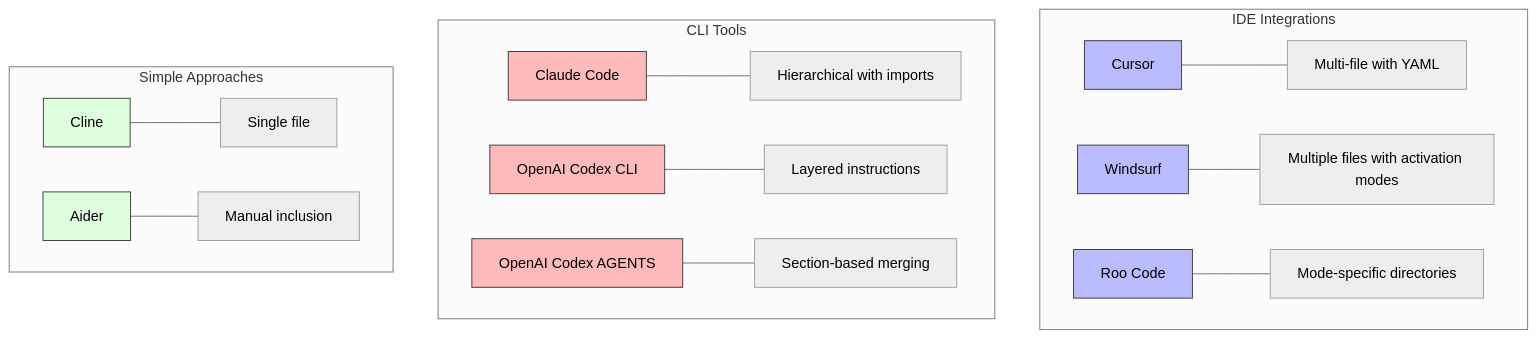
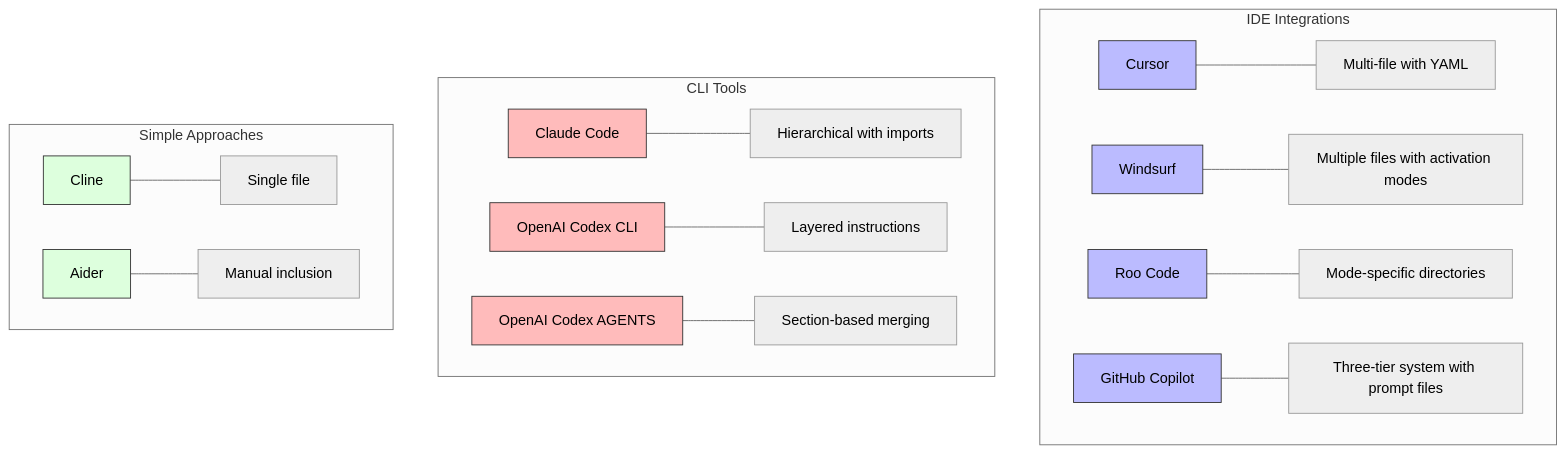
The tenth of 10 diagrams in notes/ai-rules-guide.md (outfitter-dev/rulesets), drawn with Mermaid (neutral theme) before and after one commit. The commit also changed other lines of this file, not shown here.

````diff
--- a/notes/ai-rules-guide.md
+++ b/notes/ai-rules-guide.md
@@ -572,28 +716,30 @@
 ```mermaid
 graph TB
     subgraph "IDE Integrations"
         A[Cursor] --- A1[Multi-file with YAML]
         B[Windsurf] --- B1[Multiple files with activation modes]
         C[Roo Code] --- C1[Mode-specific directories]
+        I[GitHub Copilot] --- I1[Three-tier system with prompt files]
     end
     
     subgraph "CLI Tools"
         D[Claude Code] --- D1[Hierarchical with imports]
         E[OpenAI Codex CLI] --- E1[Layered instructions]
         H[OpenAI Codex AGENTS] --- H1[Section-based merging]
     end
     
     subgraph "Simple Approaches"
         F[Cline] --- F1[Single file]
         G[Aider] --- G1[Manual inclusion]
     end
     
     style A fill:#bbf,stroke:#333
     style B fill:#bbf,stroke:#333
     style C fill:#bbf,stroke:#333
+    style I fill:#bbf,stroke:#333
     style D fill:#fbb,stroke:#333
     style E fill:#fbb,stroke:#333
     style H fill:#fbb,stroke:#333
     style F fill:#dfd,stroke:#333
     style G fill:#dfd,stroke:#333
 ```
````
